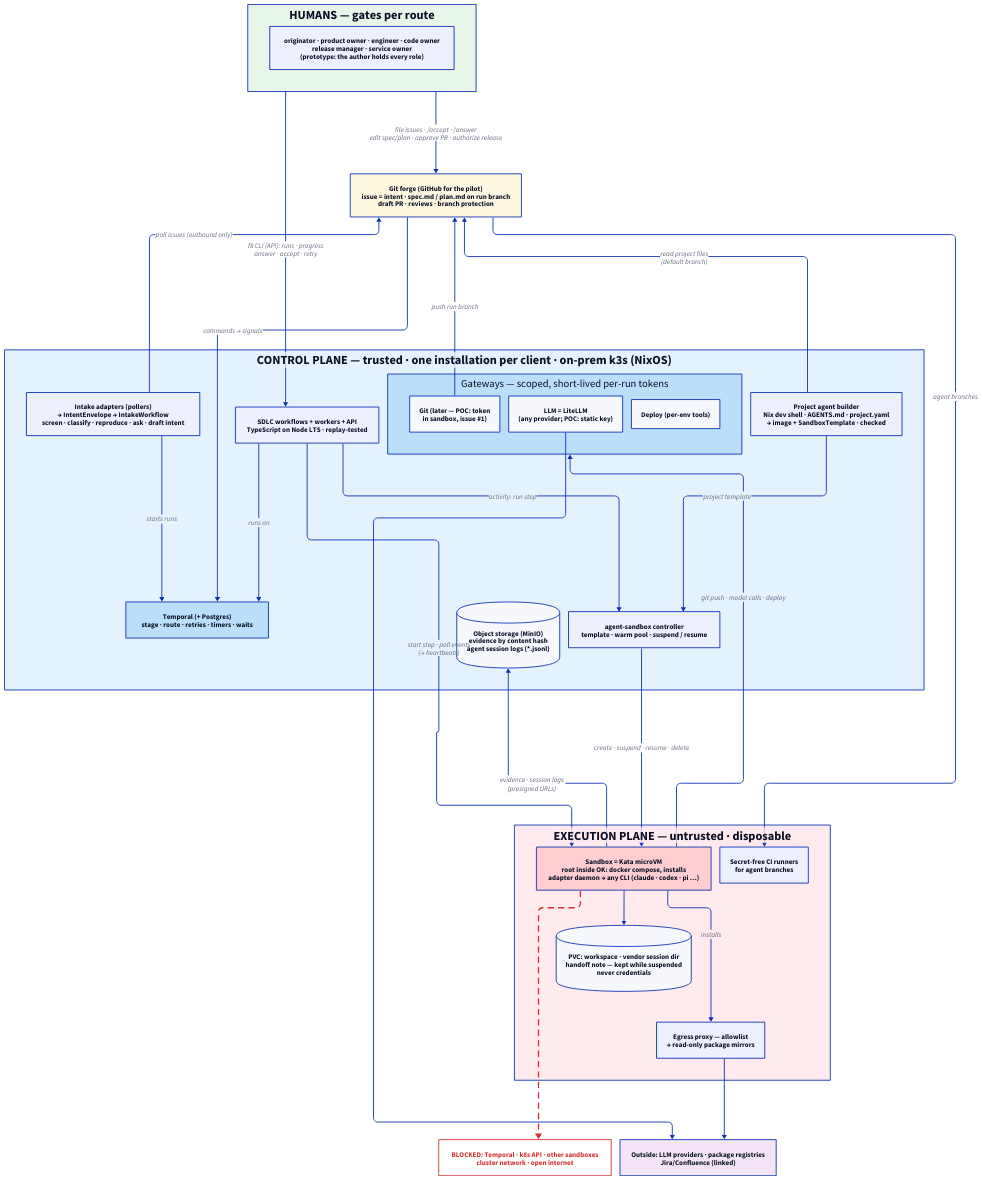
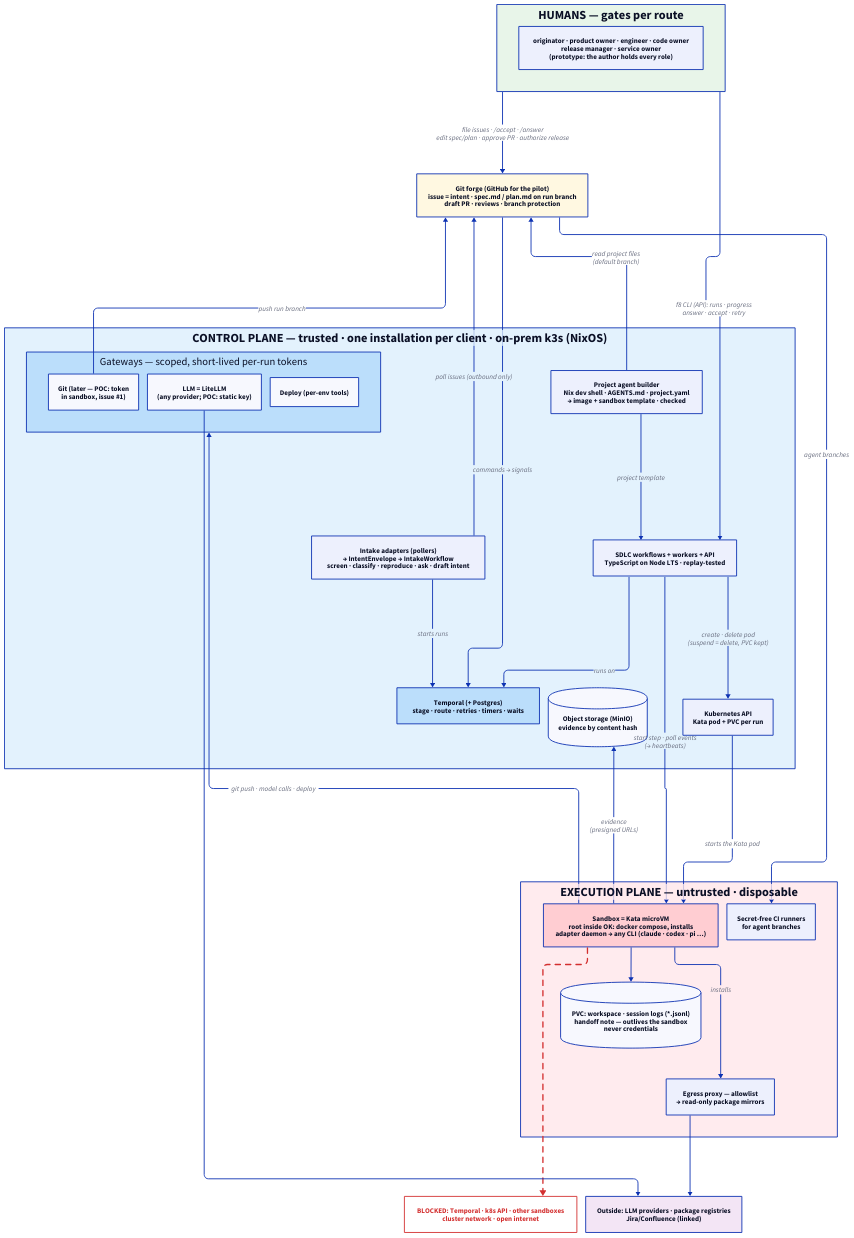
The diagram in docs/site/arch.d2 (factory8/factory8), drawn with D2 before and after one commit. The commit also changed 55 other files, not shown here.

```diff
--- a/docs/site/arch.d2
+++ b/docs/site/arch.d2
@@ -1,52 +1,52 @@
 vars: {d2-config: {layout-engine: elk}}
 direction: down
 humans: "HUMANS — gates per route" {
   style: {fill: "#e8f5e9"; bold: true}
   h: "originator · product owner · engineer · code owner\nrelease manager · service owner\n(prototype: the author holds every role)"
 }
 forge: "Git forge (GitHub for the pilot)\nissue = intent · spec.md / plan.md on run branch\ndraft PR · reviews · branch protection" {style: {fill: "#fff8e1"; bold: true}}
 cp: "CONTROL PLANE — trusted · one installation per client · on-prem k3s (NixOS)" {
   style: {fill: "#e3f2fd"; bold: true}
   intake: "Intake adapters (pollers)\n→ IntentEnvelope → IntakeWorkflow\nscreen · classify · reproduce · ask · draft intent"
   tmp: "Temporal (+ Postgres)\nstage · route · retries · timers · waits" {style: {fill: "#bbdefb"; bold: true}}
   wf: "SDLC workflows + workers + API\nTypeScript on Node LTS · replay-tested"
-  obj: "Object storage (MinIO)\nevidence by content hash\nagent session logs (*.jsonl)" {shape: cylinder}
+  obj: "Object storage (MinIO)\nevidence by content hash" {shape: cylinder}
   gw: "Gateways — scoped, short-lived per-run tokens" {
     style: {fill: "#bbdefb"}
     g: "Git (later — POC: token\nin sandbox, issue #1)"
     l: "LLM = LiteLLM\n(any provider; POC: static key)"
     d: "Deploy (per-env tools)"
   }
-  ctrl: "agent-sandbox controller\ntemplate · warm pool · suspend / resume"
-  builder: "Project agent builder\nNix dev shell · AGENTS.md · project.yaml\n→ image + SandboxTemplate · checked"
-  builder -> ctrl: "project template"
+  ctrl: "Kubernetes API\nKata pod + PVC per run"
+  builder: "Project agent builder\nNix dev shell · AGENTS.md · project.yaml\n→ image + sandbox template · checked"
+  builder -> wf: "project template"
   intake -> tmp: starts runs
   wf -> tmp: runs on
-  wf -> ctrl: "activity: run step"
+  wf -> ctrl: "create · delete pod\n(suspend = delete, PVC kept)"
 }
 ep: "EXECUTION PLANE — untrusted · disposable" {
   style: {fill: "#ffebee"; bold: true}
   sb: "Sandbox = Kata microVM\nroot inside OK: docker compose, installs\nadapter daemon → any CLI (claude · codex · pi …)" {style: {fill: "#ffcdd2"; bold: true}}
-  pvc: "PVC: workspace · vendor session dir\nhandoff note — kept while suspended\nnever credentials" {shape: cylinder}
+  pvc: "PVC: workspace · session logs (*.jsonl)\nhandoff note — outlives the sandbox\nnever credentials" {shape: cylinder}
   proxy: "Egress proxy — allowlist\n→ read-only package mirrors"
   ci: "Secret-free CI runners\nfor agent branches"
   sb -> pvc
 }
 blocked: "BLOCKED: Temporal · k8s API · other sandboxes\ncluster network · open internet" {style: {fill: "#fff"; stroke: "#d32f2f"; font-color: "#d32f2f"; bold: true}}
 out: "Outside: LLM providers · package registries\nJira/Confluence (linked)" {style: {fill: "#f3e5f5"}}
 
 humans -> forge: "file issues · /accept · /answer\nedit spec/plan · approve PR · authorize release"
 humans -> cp.wf: "f8 CLI (API): runs · progress\nanswer · accept · retry"
 forge <- cp.intake: "poll issues (outbound only)"
 forge -> cp.tmp: "commands → signals"
-cp.ctrl -> ep.sb: "create · suspend · resume · delete"
+cp.ctrl -> ep.sb: "starts the Kata pod"
 cp.gw <- ep.sb: "git push · model calls · deploy"
-cp.obj <- ep.sb: "evidence · session logs\n(presigned URLs)"
+cp.obj <- ep.sb: "evidence\n(presigned URLs)"
 cp.wf -> ep.sb: "start step · poll events\n(→ heartbeats)"
 ep.sb -> ep.proxy: "installs"
 ep.sb -> blocked: "" {style: {stroke: "#d32f2f"; stroke-width: 3; stroke-dash: 4}}
 forge <- cp.gw.g: "push run branch"
 forge <- cp.builder: "read project files\n(default branch)"
 forge -> ep.ci: "agent branches"
 cp.gw.l -> out
 ep.proxy -> out
```
